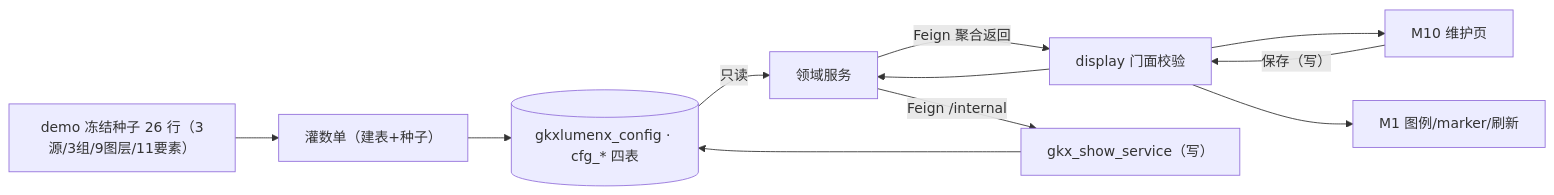
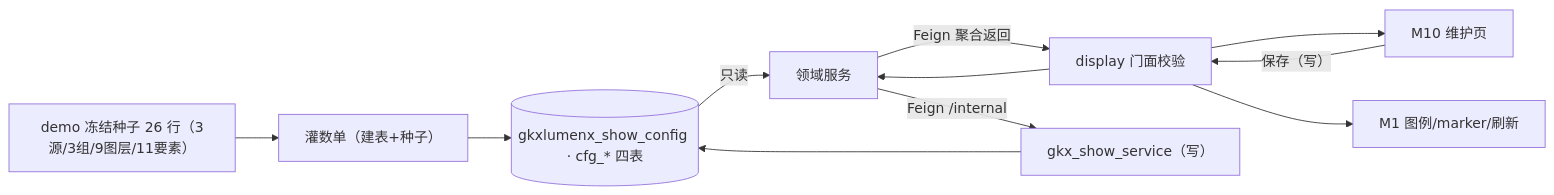
One commit to Marisolebxf/- changed the second of 2 diagrams in agent-delivery/agent-handoffs/科技发展态势-TS/sdd/l2/TS-L2-M10-LAYER-ARCH.md. Above: the diagram before and after it, drawn with Mermaid. The commit also changed other lines of this file and 10 other files, not shown here.

Commit message:
docs(m10-signoff): 四角色会签页落盘+条件回填（库名换 gkxlumenx_show_config，DATA-C1/API-C1/SSRF/probe图/差异表6行/ALGO-S1） [agent:frontend-agent]

````diff
--- a/agent-delivery/agent-handoffs/科技发展态势-TS/sdd/l2/TS-L2-M10-LAYER-ARCH.md
+++ b/agent-delivery/agent-handoffs/科技发展态势-TS/sdd/l2/TS-L2-M10-LAYER-ARCH.md
@@ -93,9 +93,9 @@
 ```mermaid
 flowchart LR
-  seed["demo 冻结种子 26 行（3源/3组/9图层/11要素）"] --> pyw["灌数单（建表+种子）"] --> tables[("gkxlumenx_config · cfg_* 四表")]
+  seed["demo 冻结种子 26 行（3源/3组/9图层/11要素）"] --> pyw["灌数单（建表+种子）"] --> tables[("gkxlumenx_show_config · cfg_* 四表")]
   fe["M10 维护页"] -->|"保存（写）"| bff["display 门面校验"] --> dom["领域服务"] -->|"Feign /internal"| pysvc["gkx_show_service（写）"] --> tables
   tables -->|"只读"| dom
   dom -->|"Feign 聚合返回"| bff
   bff --> fe
   bff --> m1["M1 图例/marker/刷新"]
 ```
````
